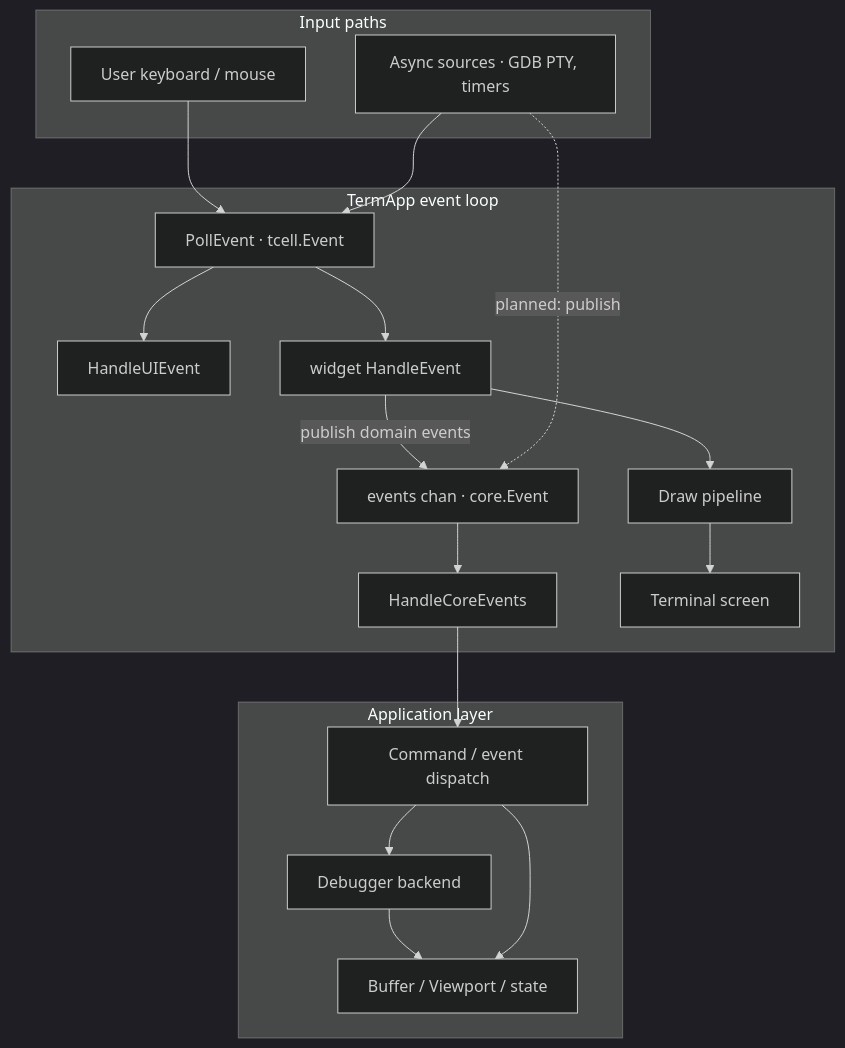
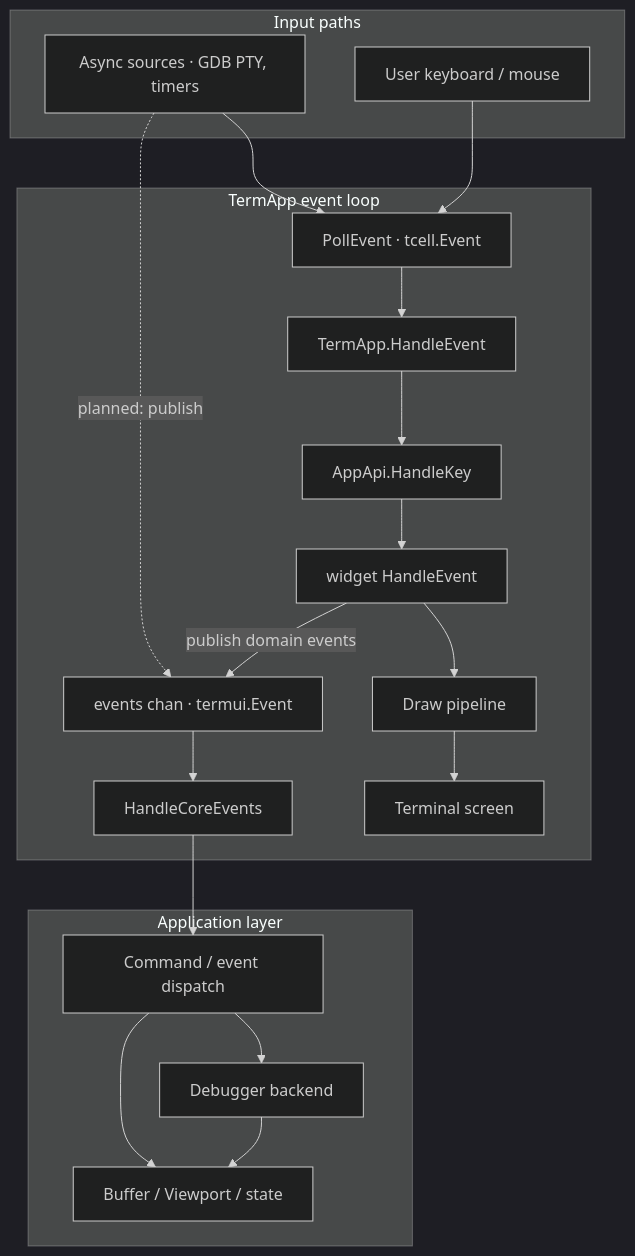
One commit to yairgd/gdbforge changed the diagram in docs/diagrams/data_flow.mermaid. Above: the diagram before and after it, drawn with Mermaid (dark theme). The commit also changed 11 other files, not shown here.

```diff
--- a/docs/diagrams/data_flow.mermaid
+++ b/docs/diagrams/data_flow.mermaid
@@ -1,34 +1,35 @@
 flowchart TB
     subgraph Input["Input paths"]
         User["User keyboard / mouse"]
         Async["Async sources · GDB PTY, timers"]
     end
 
     subgraph TermApp["TermApp event loop"]
         Poll["PollEvent · tcell.Event"]
-        Bus["events chan · core.Event"]
-        UIHandler["HandleUIEvent"]
+        Bus["events chan · termui.Event"]
+        TermHandler["TermApp.HandleEvent"]
+        HandleKey["AppApi.HandleKey"]
         Widgets["widget HandleEvent"]
         CoreHub["HandleCoreEvents"]
         Draw["Draw pipeline"]
         Screen["Terminal screen"]
     end
 
     subgraph App["Application layer"]
         Dispatch["Command / event dispatch"]
         Debugger["Debugger backend"]
         Model["Buffer / Viewport / state"]
     end
 
     User --> Poll
     Async --> Poll
-    Poll --> UIHandler
-    Poll --> Widgets
+    Poll --> TermHandler
+    TermHandler --> HandleKey --> Widgets
     Widgets -->|"publish domain events"| Bus
     Async -.->|"planned: publish"| Bus
     Bus --> CoreHub --> Dispatch
     Dispatch --> Debugger
     Debugger --> Model
     Dispatch --> Model
     Widgets --> Draw
     Draw --> Screen
```
